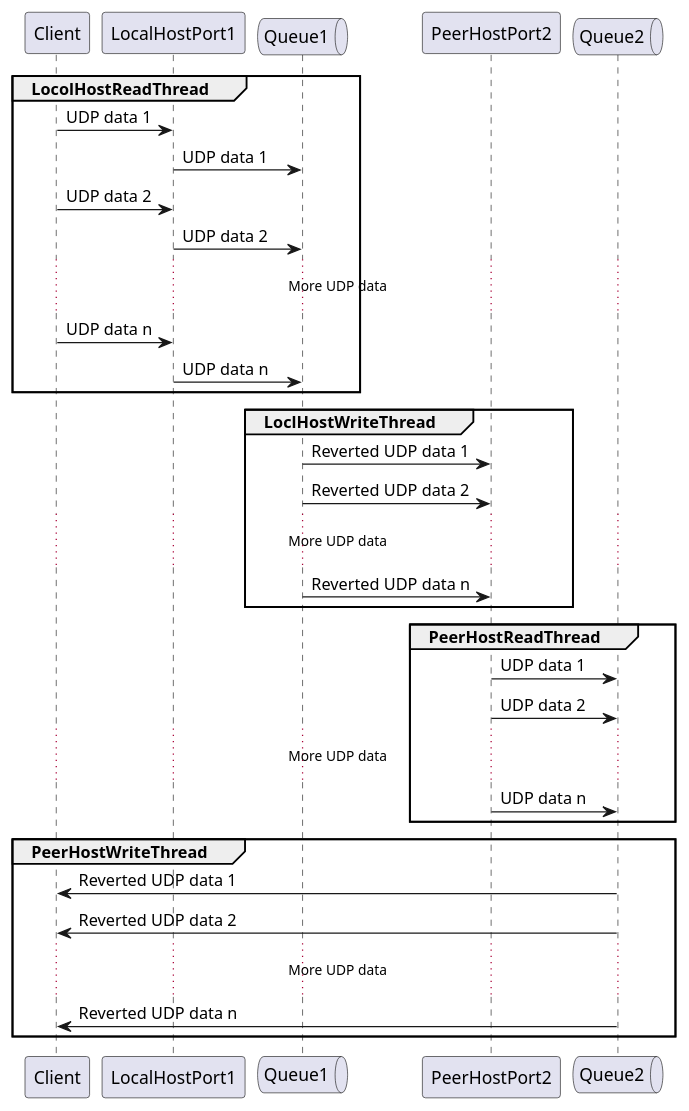
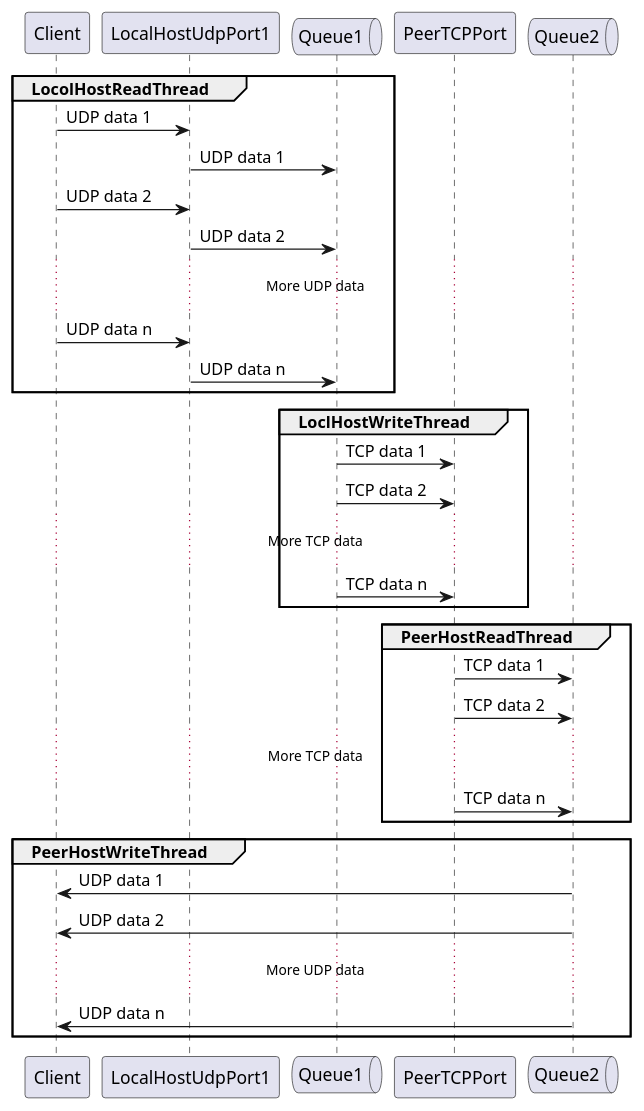
The first of 2 diagrams in doc/architecture.md (xiguichen/tcpudp), drawn with PlantUML before and after one commit. The commit also changed other lines of this file, not shown here.

```diff
--- a/doc/architecture.md
+++ b/doc/architecture.md
@@ -3,41 +3,41 @@
 @startuml
 
 participant Client 
-participant LocalHostPort1
+participant LocalHostUdpPort1
 queue Queue1
-participant PeerHostPort2
+participant PeerTCPPort
 queue Queue2
 
 group LocolHostReadThread
-    Client -> LocalHostPort1 : UDP data 1
-    LocalHostPort1 -> Queue1: UDP data 1
-    Client -> LocalHostPort1 : UDP data 2
-    LocalHostPort1 -> Queue1: UDP data 2
+    Client -> LocalHostUdpPort1 : UDP data 1
+    LocalHostUdpPort1 -> Queue1: UDP data 1
+    Client -> LocalHostUdpPort1 : UDP data 2
+    LocalHostUdpPort1 -> Queue1: UDP data 2
     ... More UDP data ...
-    Client -> LocalHostPort1 : UDP data n
-    LocalHostPort1 -> Queue1: UDP data n
+    Client -> LocalHostUdpPort1 : UDP data n
+    LocalHostUdpPort1 -> Queue1: UDP data n
 end
 
 group LoclHostWriteThread
-    Queue1 -> PeerHostPort2: Reverted UDP data 1
-    Queue1 -> PeerHostPort2: Reverted UDP data 2
-    ... More UDP data ...
-    Queue1 -> PeerHostPort2: Reverted UDP data n
+    Queue1 -> PeerTCPPort: TCP data 1
+    Queue1 -> PeerTCPPort: TCP data 2
+    ... More TCP data ...
+    Queue1 -> PeerTCPPort: TCP data n
 end
 
 group PeerHostReadThread
-    PeerHostPort2 -> Queue2: UDP data 1
-    PeerHostPort2 -> Queue2: UDP data 2
-    ... More UDP data ...
-    PeerHostPort2 -> Queue2: UDP data n
+    PeerTCPPort -> Queue2: TCP data 1
+    PeerTCPPort -> Queue2: TCP data 2
+    ... More TCP data ...
+    PeerTCPPort -> Queue2: TCP data n
 end
 
 
 group PeerHostWriteThread
-    Queue2 -> Client: Reverted UDP data 1
-    Queue2 -> Client: Reverted UDP data 2
+    Queue2 -> Client: UDP data 1
+    Queue2 -> Client: UDP data 2
     ... More UDP data ...
-    Queue2 -> Client: Reverted UDP data n
+    Queue2 -> Client: UDP data n
 end
 
 @enduml
```
